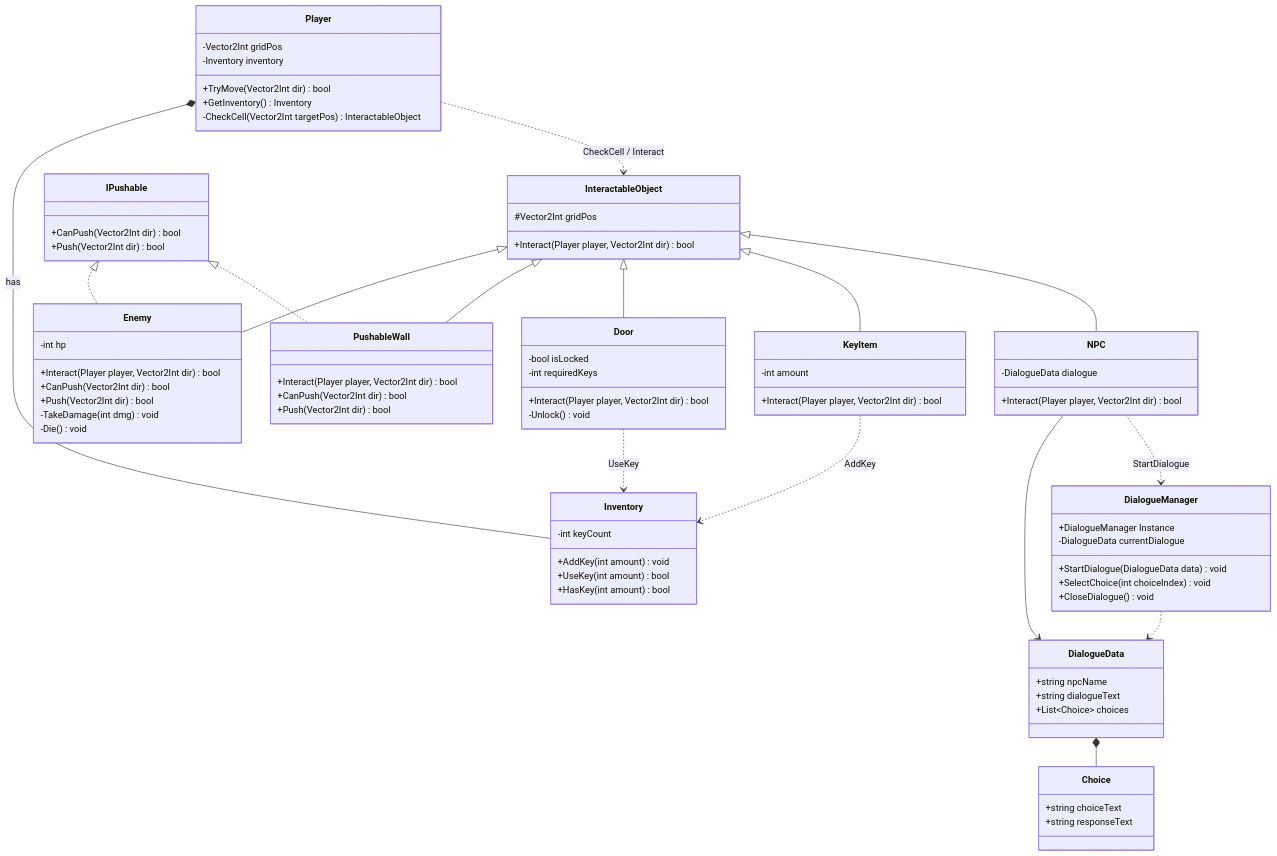
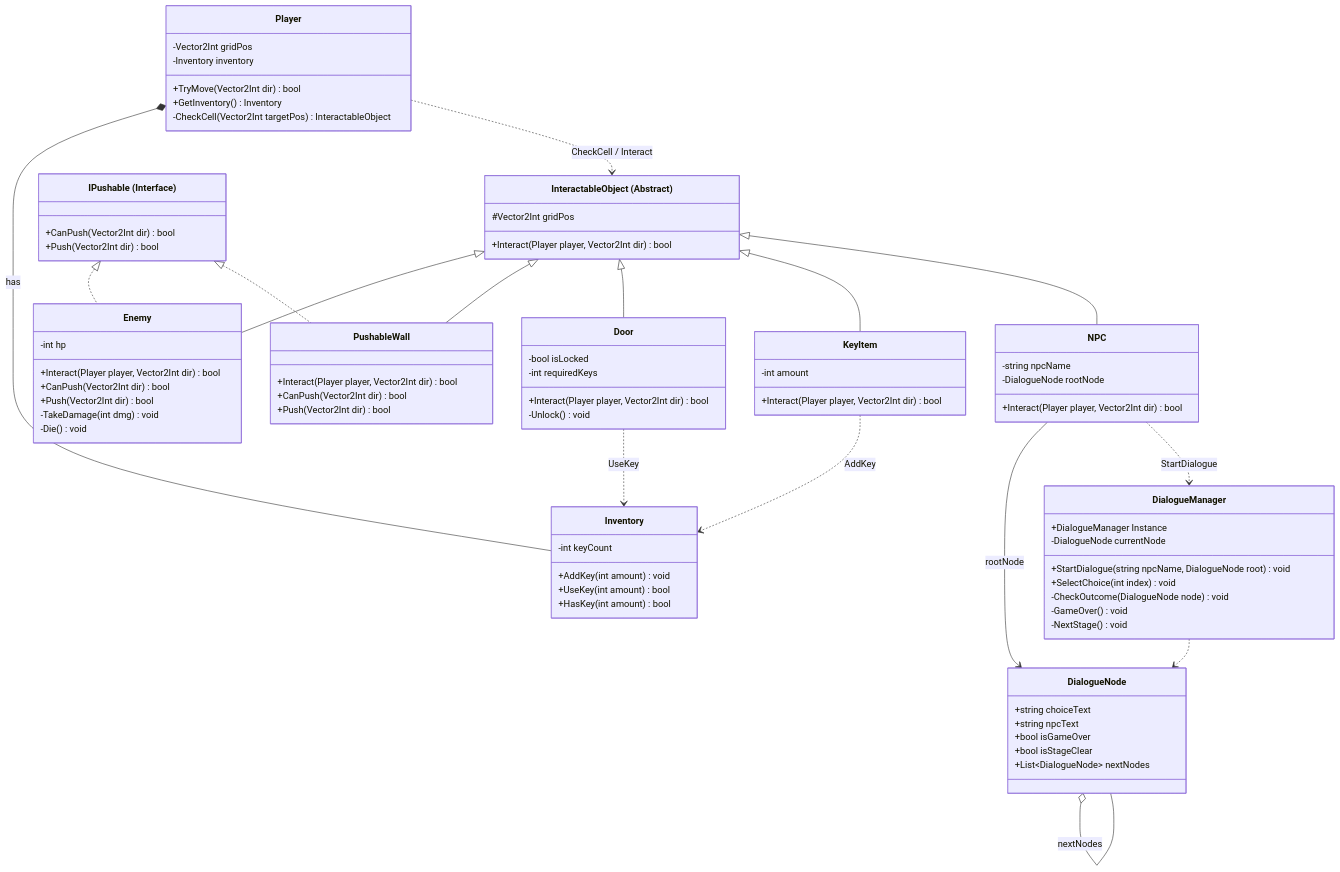
Before and after one commit to PBIT64/Discbound-FinalProj: the diagram in Discbound_ClassDiagram.mmd, drawn with Mermaid. The commit also changed 1 other file, not shown here.

Commit message:
Diagram V2

```diff
--- a/Discbound_ClassDiagram.mmd
+++ b/Discbound_ClassDiagram.mmd
@@ -1,104 +1,104 @@
 classDiagram
     direction TB
 
     %% Player & Inventory (MonoBehaviour)
     class Player {
         -Vector2Int gridPos
         -Inventory inventory
         +TryMove(Vector2Int dir) bool
         +GetInventory() Inventory
         -CheckCell(Vector2Int targetPos) InteractableObject
     }
 
     class Inventory {
         -int keyCount
         +AddKey(int amount) void
         +UseKey(int amount) bool
         +HasKey(int amount) bool
     }
 
     %% Base Abstract & Interface
-    class InteractableObject {
+    class InteractableObject["InteractableObject (Abstract)"] {
         #Vector2Int gridPos
         +Interact(Player player, Vector2Int dir) bool
     }
 
-    class IPushable {
+    class IPushable["IPushable (Interface)"] {
         +CanPush(Vector2Int dir) bool
         +Push(Vector2Int dir) bool
     }
 
     %% 1. Interact Objects
     class Enemy {
         -int hp
         +Interact(Player player, Vector2Int dir) bool
         +CanPush(Vector2Int dir) bool
         +Push(Vector2Int dir) bool
         -TakeDamage(int dmg) void
         -Die() void
     }
 
     class PushableWall {
         +Interact(Player player, Vector2Int dir) bool
         +CanPush(Vector2Int dir) bool
         +Push(Vector2Int dir) bool
     }
 
     class Door {
         -bool isLocked
         -int requiredKeys
         +Interact(Player player, Vector2Int dir) bool
         -Unlock() void
     }
 
     %% 2. Key Item
     class KeyItem {
         -int amount
         +Interact(Player player, Vector2Int dir) bool
     }
 
-    %% 3. Dialogue NPC
+    %% 3. Dialogue NPC (Unified Node Tree - Helltaker Style)
     class NPC {
-        -DialogueData dialogue
+        -string npcName
+        -DialogueNode rootNode
         +Interact(Player player, Vector2Int dir) bool
     }
 
     class DialogueManager {
         +DialogueManager Instance
-        -DialogueData currentDialogue
-        +StartDialogue(DialogueData data) void
-        +SelectChoice(int choiceIndex) void
-        +CloseDialogue() void
+        -DialogueNode currentNode
+        +StartDialogue(string npcName, DialogueNode root) void
+        +SelectChoice(int index) void
+        -CheckOutcome(DialogueNode node) void
+        -GameOver() void
+        -NextStage() void
     }
 
-    class DialogueData {
-        +string npcName
-        +string dialogueText
-        +List~Choice~ choices
-    }
-
-    class Choice {
+    class DialogueNode {
         +string choiceText
-        +string responseText
+        +string npcText
+        +bool isGameOver
+        +bool isStageClear
+        +List~DialogueNode~ nextNodes
     }
 
     %% Relationships
     Player *-- Inventory : has
     Player ..> InteractableObject : CheckCell / Interact
 
     InteractableObject <|-- Enemy
     InteractableObject <|-- PushableWall
     InteractableObject <|-- Door
     InteractableObject <|-- KeyItem
     InteractableObject <|-- NPC
 
     IPushable <|.. Enemy
     IPushable <|.. PushableWall
 
     Door ..> Inventory : UseKey
     KeyItem ..> Inventory : AddKey
 
-    NPC --> DialogueData
+    NPC --> DialogueNode : rootNode
     NPC ..> DialogueManager : StartDialogue
-    DialogueManager ..> DialogueData
-    DialogueData *-- Choice
+    DialogueManager ..> DialogueNode
+    DialogueNode o-- DialogueNode : nextNodes
```
